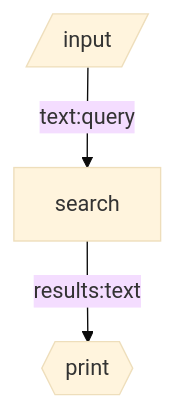
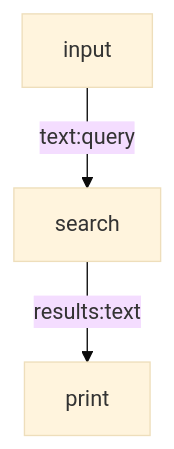
One commit to breadboard-ai/breadboard changed the diagram in seeds/graph-playground/docs/graphs/just-search.md. Above: the diagram before and after it, drawn with Mermaid (base theme). The commit also changed 22 other files, not shown here.

First line of the commit message:
[graph-playground] Renaming input and output.

````diff
--- a/seeds/graph-playground/docs/graphs/just-search.md
+++ b/seeds/graph-playground/docs/graphs/just-search.md
@@ -4,5 +4,5 @@
 ```mermaid
 graph TD;
-input[/input/] -- text:query --> search
-search -- results:text --> print{{print}}
+input -- text:query --> search
+search -- results:text --> print
 ```
````
